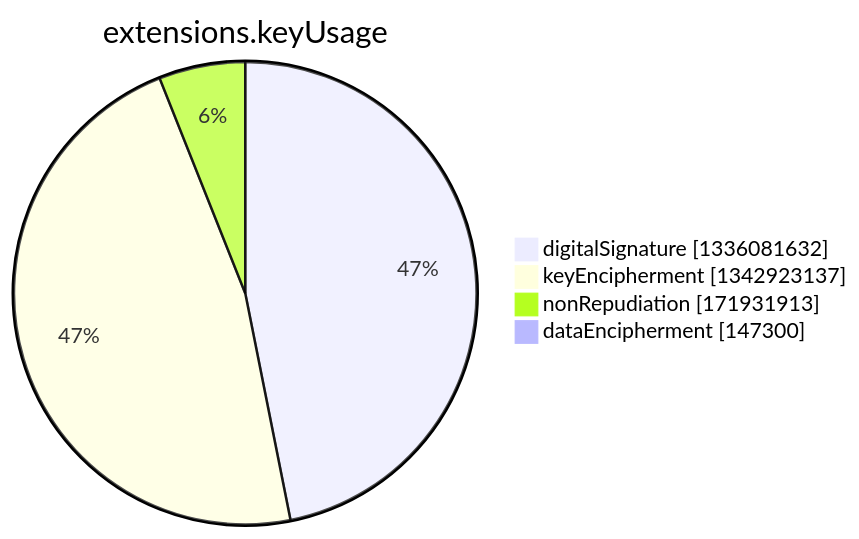
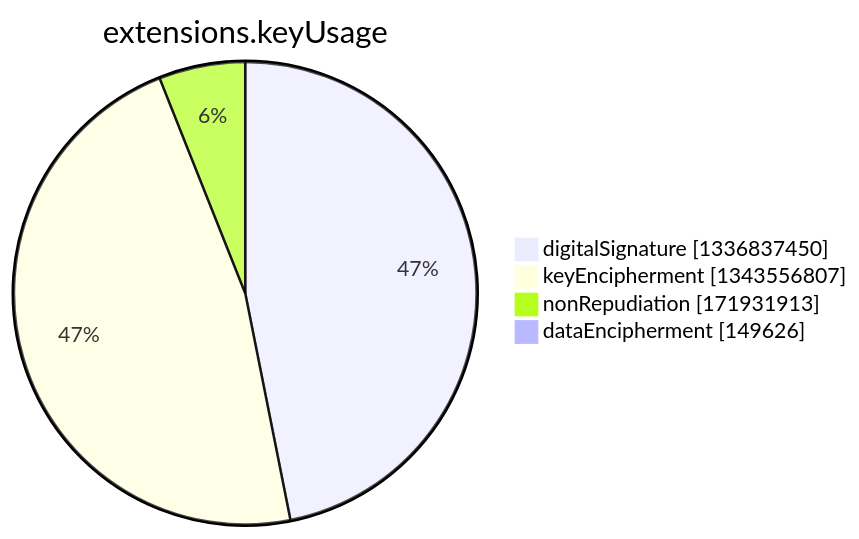
Before and after one commit to christiankrug/ctmonitor_visualization: the seventh of 15 diagrams in argon2022/README.md, drawn with Mermaid. The commit also changed other lines of this file, not shown here.

````diff
--- a/argon2022/README.md
+++ b/argon2022/README.md
@@ -2750,8 +2750,8 @@
 ```mermaid
 pie showData
 title extensions.keyUsage
-"digitalSignature" :1336081632
-"keyEncipherment" :1342923137
+"digitalSignature" :1336837450
+"keyEncipherment" :1343556807
 "nonRepudiation" :171931913
-"dataEncipherment" :147300
+"dataEncipherment" :149626
 ```
````
